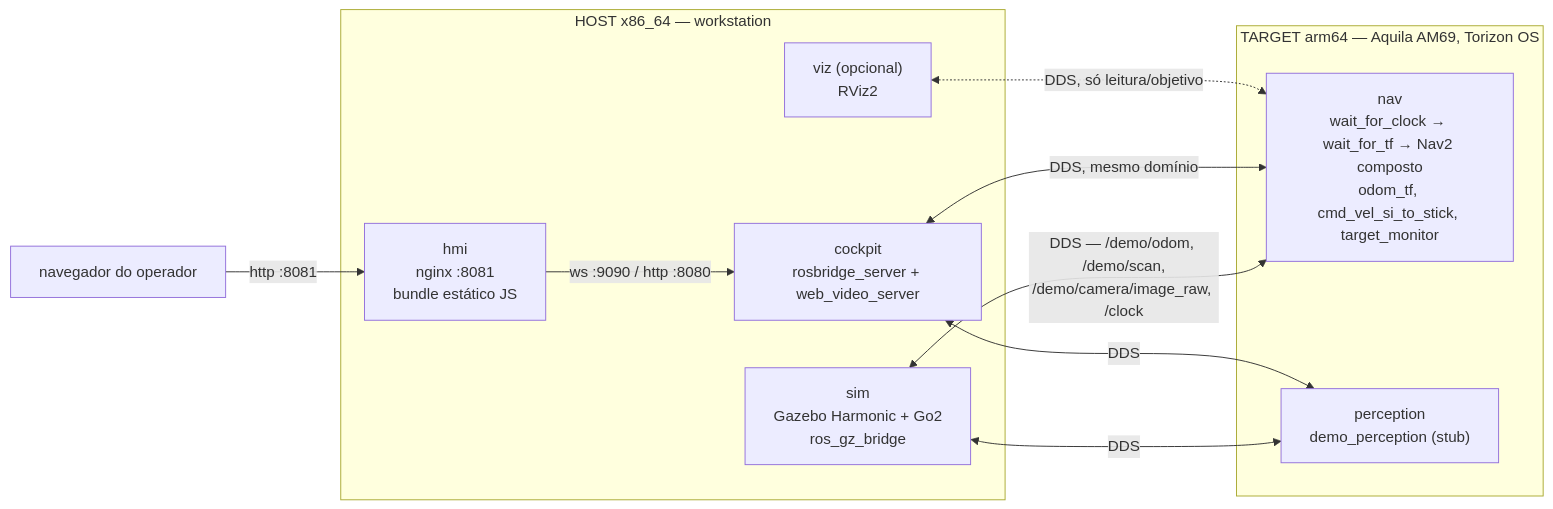
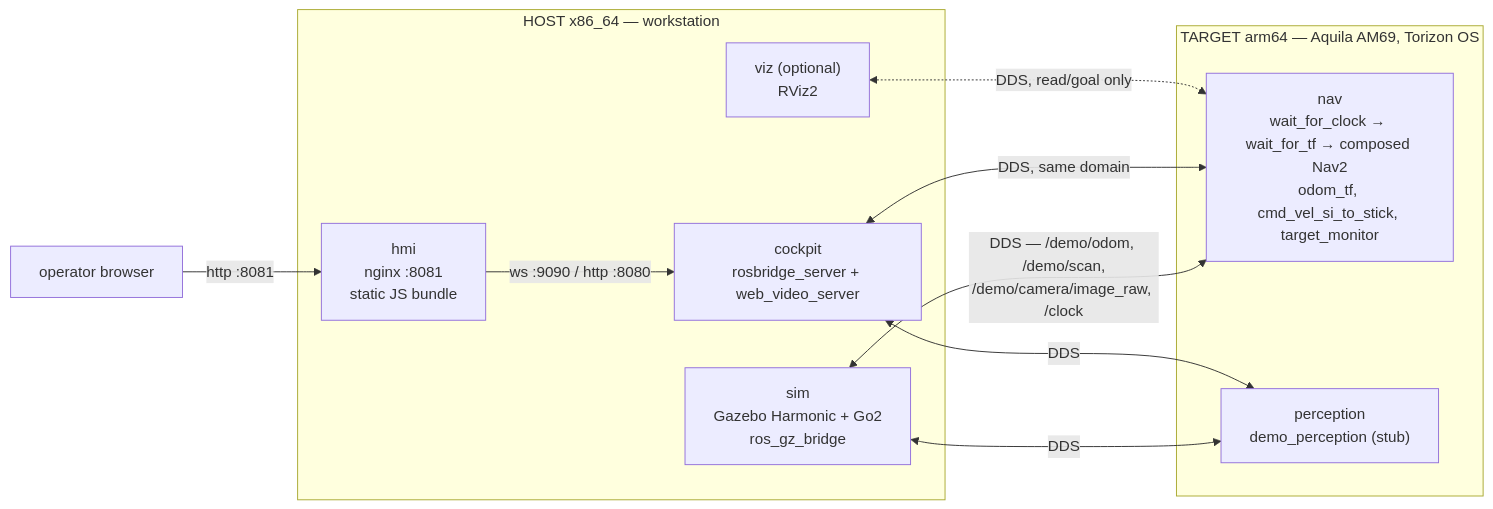
Before and after one commit to engdiegomaia/toradex-demo-aquila-am69-ros2: the diagram in docs/guia-hil-go2-labirinto.md, drawn with Mermaid. The commit also changed other lines of this file and 51 other files, not shown here.

````diff
--- a/docs/guia-hil-go2-labirinto.md
+++ b/docs/guia-hil-go2-labirinto.md
@@ -17,20 +18,20 @@
 ```mermaid
 flowchart LR
     subgraph HOST["HOST x86_64 — workstation"]
         SIM["sim<br/>Gazebo Harmonic + Go2<br/>ros_gz_bridge"]
-        VIZ["viz (opcional)<br/>RViz2"]
+        VIZ["viz (optional)<br/>RViz2"]
         COCKPIT["cockpit<br/>rosbridge_server + web_video_server"]
-        HMI["hmi<br/>nginx :8081<br/>bundle estático JS"]
+        HMI["hmi<br/>nginx :8081<br/>static JS bundle"]
     end
     subgraph TARGET["TARGET arm64 — Aquila AM69, Torizon OS"]
-        NAV["nav<br/>wait_for_clock → wait_for_tf → Nav2 composto<br/>odom_tf, cmd_vel_si_to_stick, target_monitor"]
+        NAV["nav<br/>wait_for_clock → wait_for_tf → composed Nav2<br/>odom_tf, cmd_vel_si_to_stick, target_monitor"]
         PERC["perception<br/>demo_perception (stub)"]
     end
-    BROWSER["navegador do operador"] -->|"http :8081"| HMI
+    BROWSER["operator browser"] -->|"http :8081"| HMI
     HMI -->|"ws :9090 / http :8080"| COCKPIT
     SIM <-->|"DDS — /demo/odom, /demo/scan,<br/>/demo/camera/image_raw, /clock"| NAV
     SIM <-->|"DDS"| PERC
-    COCKPIT <-->|"DDS, mesmo domínio"| NAV
+    COCKPIT <-->|"DDS, same domain"| NAV
     COCKPIT <-->|"DDS"| PERC
-    VIZ <-.->|"DDS, só leitura/objetivo"| NAV
+    VIZ <-.->|"DDS, read/goal only"| NAV
 ```
````
